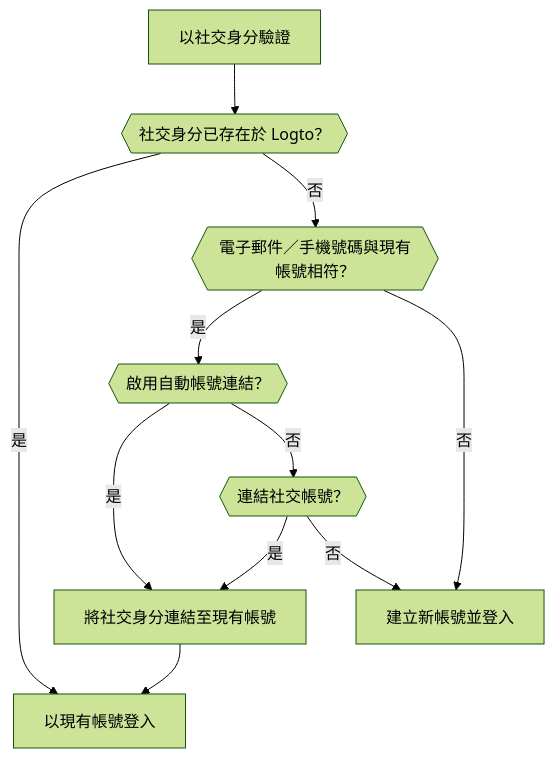
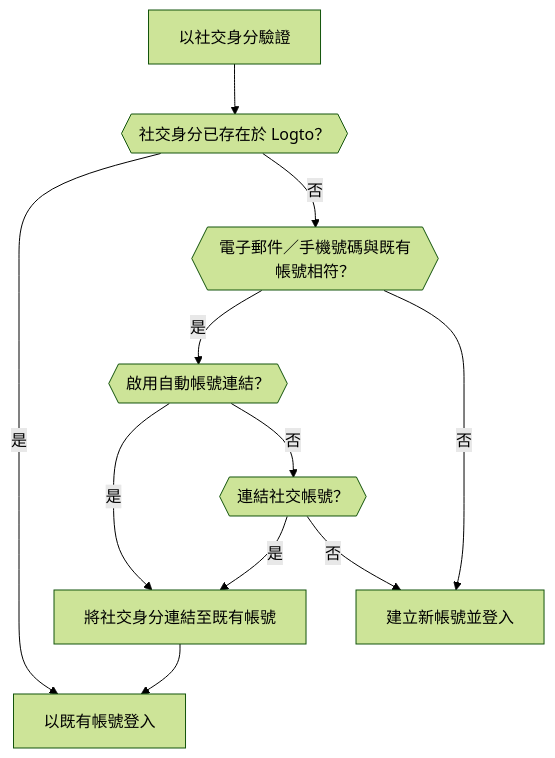
Before and after one commit to logto-io/docs: the second of 6 diagrams in i18n/zh-TW/docusaurus-plugin-content-docs/current/end-user-flows/sign-up-and-sign-in/social-sign-in.mdx, drawn with Mermaid (forest theme). The commit also changed other lines of this file and 67 other files, not shown here.

````diff
--- a/i18n/zh-TW/docusaurus-plugin-content-docs/current/end-user-flows/sign-up-and-sign-in/social-sign-in.mdx
+++ b/i18n/zh-TW/docusaurus-plugin-content-docs/current/end-user-flows/sign-up-and-sign-in/social-sign-in.mdx
@@ -80,13 +80,13 @@
     ```mermaid
     flowchart TD
     A[以社交身分驗證] --> B{{社交身分已存在於 Logto？}}
-    B -- 是 --> C[以現有帳號登入]
-    B -- 否 --> D{{電子郵件／手機號碼與現有帳號相符？}}
+    B -- 是 --> C[以既有帳號登入]
+    B -- 否 --> D{{電子郵件／手機號碼與既有帳號相符？}}
     D -- 是 --> E{{啟用自動帳號連結？}}
-    E -- 是 --> G[將社交身分連結至現有帳號]
+    E -- 是 --> G[將社交身分連結至既有帳號]
     G --> C
     D -- 否 --> H[建立新帳號並登入]
     E -- 否 --> I{{連結社交帳號？}}
     I -- 是 --> G
     I -- 否 --> H
     ```
````
